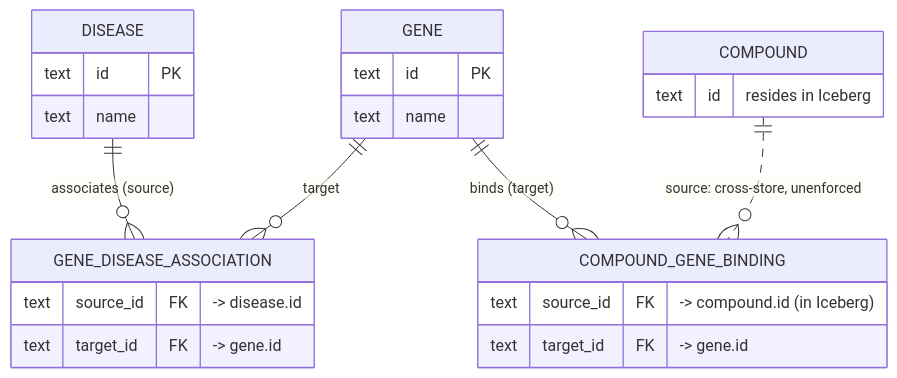
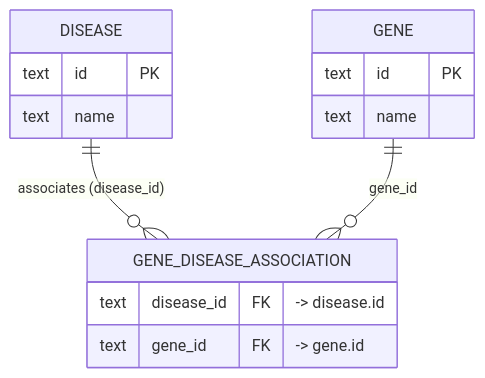
Before and after one commit to joseph-higaki/virtual-knowledge-graph-connectivity: the first of 3 diagrams in README.md, drawn with Mermaid. The commit also changed other lines of this file and 7 other files, not shown here.

First line of the commit message:
refactor: entity-semantic edge columns + compound_gene_binding → Iceberg

````diff
--- a/README.md
+++ b/README.md
@@ -84,27 +86,18 @@
 ```mermaid
 erDiagram
     GENE {
         text id PK
         text name
     }
     DISEASE {
         text id PK
         text name
     }
     GENE_DISEASE_ASSOCIATION {
-        text source_id FK "-> disease.id"
-        text target_id FK "-> gene.id"
-    }
-    COMPOUND_GENE_BINDING {
-        text source_id FK "-> compound.id (in Iceberg)"
-        text target_id FK "-> gene.id"
-    }
-    COMPOUND {
-        text id "resides in Iceberg"
+        text disease_id FK "-> disease.id"
+        text gene_id FK "-> gene.id"
     }
 
-    DISEASE  ||--o{ GENE_DISEASE_ASSOCIATION : "associates (source)"
-    GENE     ||--o{ GENE_DISEASE_ASSOCIATION : "target"
-    GENE     ||--o{ COMPOUND_GENE_BINDING : "binds (target)"
-    COMPOUND ||..o{ COMPOUND_GENE_BINDING : "source: cross-store, unenforced"
+    DISEASE ||--o{ GENE_DISEASE_ASSOCIATION : "associates (disease_id)"
+    GENE    ||--o{ GENE_DISEASE_ASSOCIATION : "gene_id"
 ```
````
